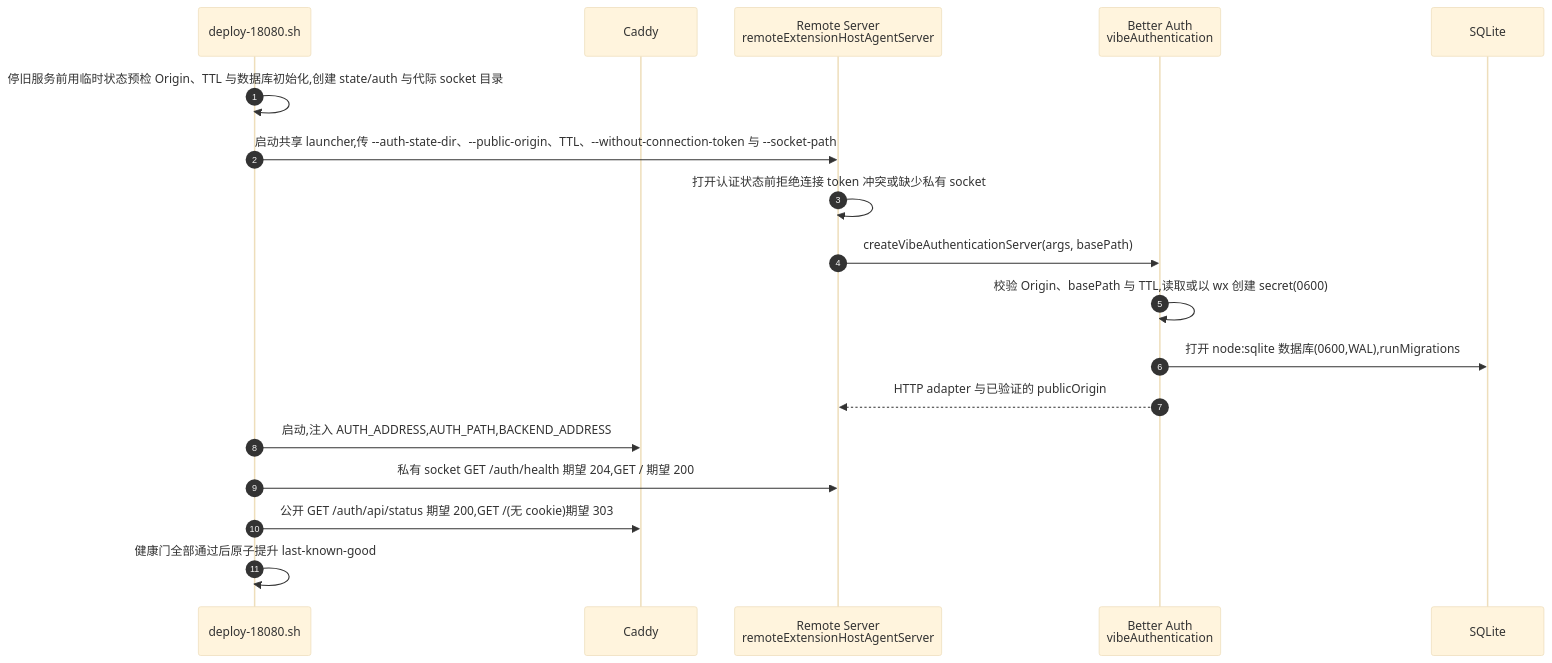
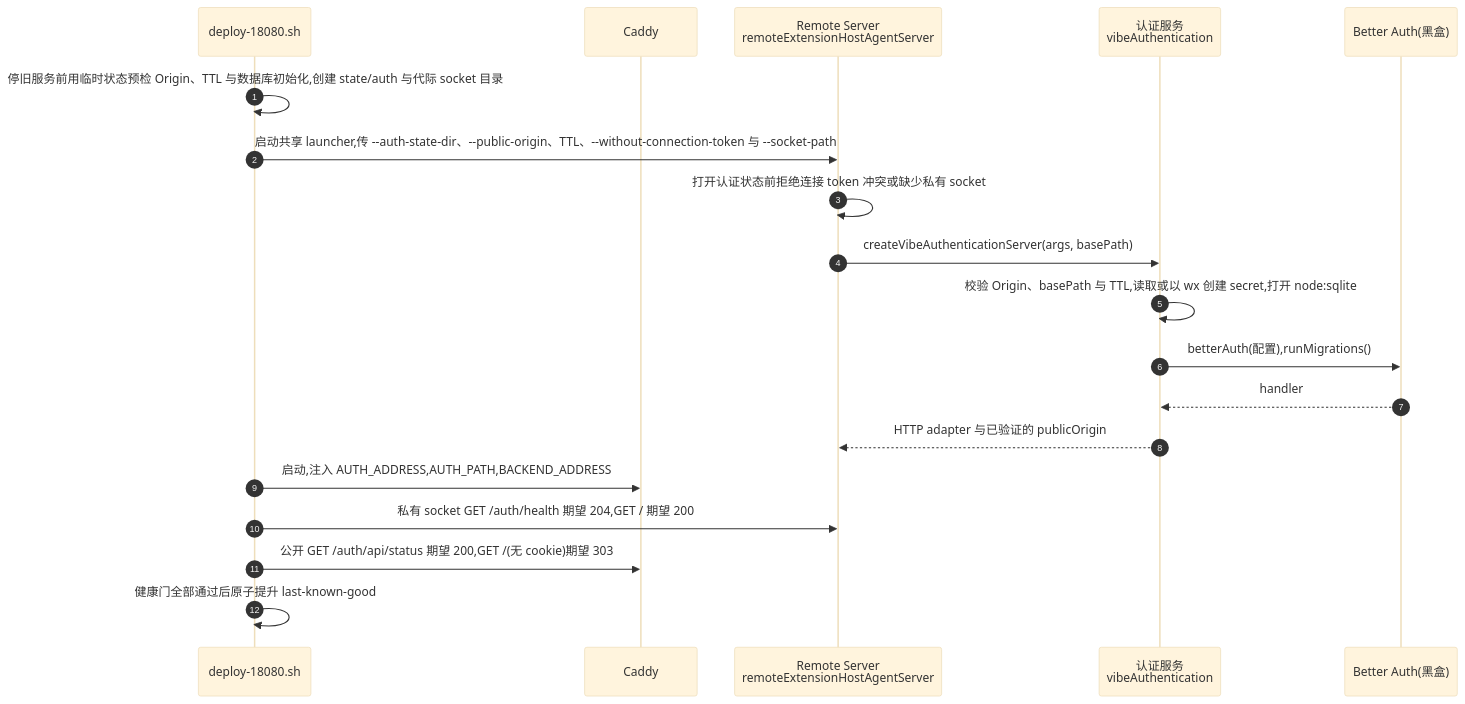
The fifth of 11 diagrams in vibe_vscode_doc/design/login_authentication.md (ActivePeter/vibe-vscode), drawn with Mermaid (base theme) before and after one commit. The commit also changed other lines of this file, not shown here.

First line of the commit message:
docs: draw Better Auth as a black box and list the calls made into it

````diff
--- a/vibe_vscode_doc/design/login_authentication.md
+++ b/vibe_vscode_doc/design/login_authentication.md
@@ -184,21 +194,22 @@
 ```mermaid
 sequenceDiagram
     autonumber
     participant Deploy as deploy-18080.sh
     participant Caddy as Caddy
     participant Remote as Remote Server<br/>remoteExtensionHostAgentServer
-    participant Auth as Better Auth<br/>vibeAuthentication
-    participant DB as SQLite
+    participant Auth as 认证服务<br/>vibeAuthentication
+    participant BA as Better Auth(黑盒)
 
     Deploy->>Deploy: 停旧服务前用临时状态预检 Origin、TTL 与数据库初始化,创建 state/auth 与代际 socket 目录
     Deploy->>Remote: 启动共享 launcher,传 --auth-state-dir、--public-origin、TTL、--without-connection-token 与 --socket-path
     Remote->>Remote: 打开认证状态前拒绝连接 token 冲突或缺少私有 socket
     Remote->>Auth: createVibeAuthenticationServer(args, basePath)
-    Auth->>Auth: 校验 Origin、basePath 与 TTL,读取或以 wx 创建 secret(0600)
-    Auth->>DB: 打开 node:sqlite 数据库(0600,WAL),runMigrations
+    Auth->>Auth: 校验 Origin、basePath 与 TTL,读取或以 wx 创建 secret,打开 node:sqlite
+    Auth->>BA: betterAuth(配置),runMigrations()
+    BA-->>Auth: handler
     Auth-->>Remote: HTTP adapter 与已验证的 publicOrigin
     Deploy->>Caddy: 启动,注入 AUTH_ADDRESS,AUTH_PATH,BACKEND_ADDRESS
     Deploy->>Remote: 私有 socket GET /auth/health 期望 204,GET / 期望 200
     Deploy->>Caddy: 公开 GET /auth/api/status 期望 200,GET /(无 cookie)期望 303
     Deploy->>Deploy: 健康门全部通过后原子提升 last-known-good
 ```
````
